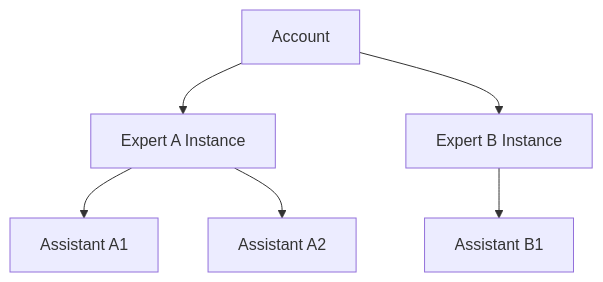
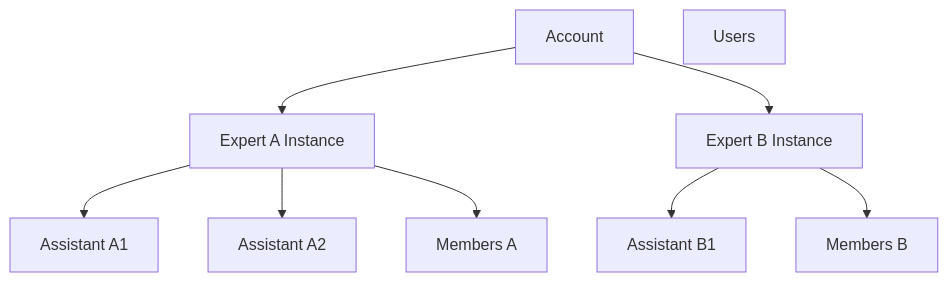
Before and after one commit to ingentechnologies/Praxis-Docs: the diagram in welcome.mdx, drawn with Mermaid.

Commit message:
Updating welcome object model mermaid flowchart

````diff
--- a/welcome.mdx
+++ b/welcome.mdx
@@ -17,9 +17,12 @@
 ```mermaid
 flowchart TD
         A["Account"]
+        U["Users"]
         A --> B["Expert A Instance"]
         A --> C["Expert B Instance"]
         B --> D["Assistant A1"]
         B --> E["Assistant A2"]
+        B --> MA["Members A"]
         C --> F["Assistant B1"]
+        C --> MB["Members B"]
 ```
````
